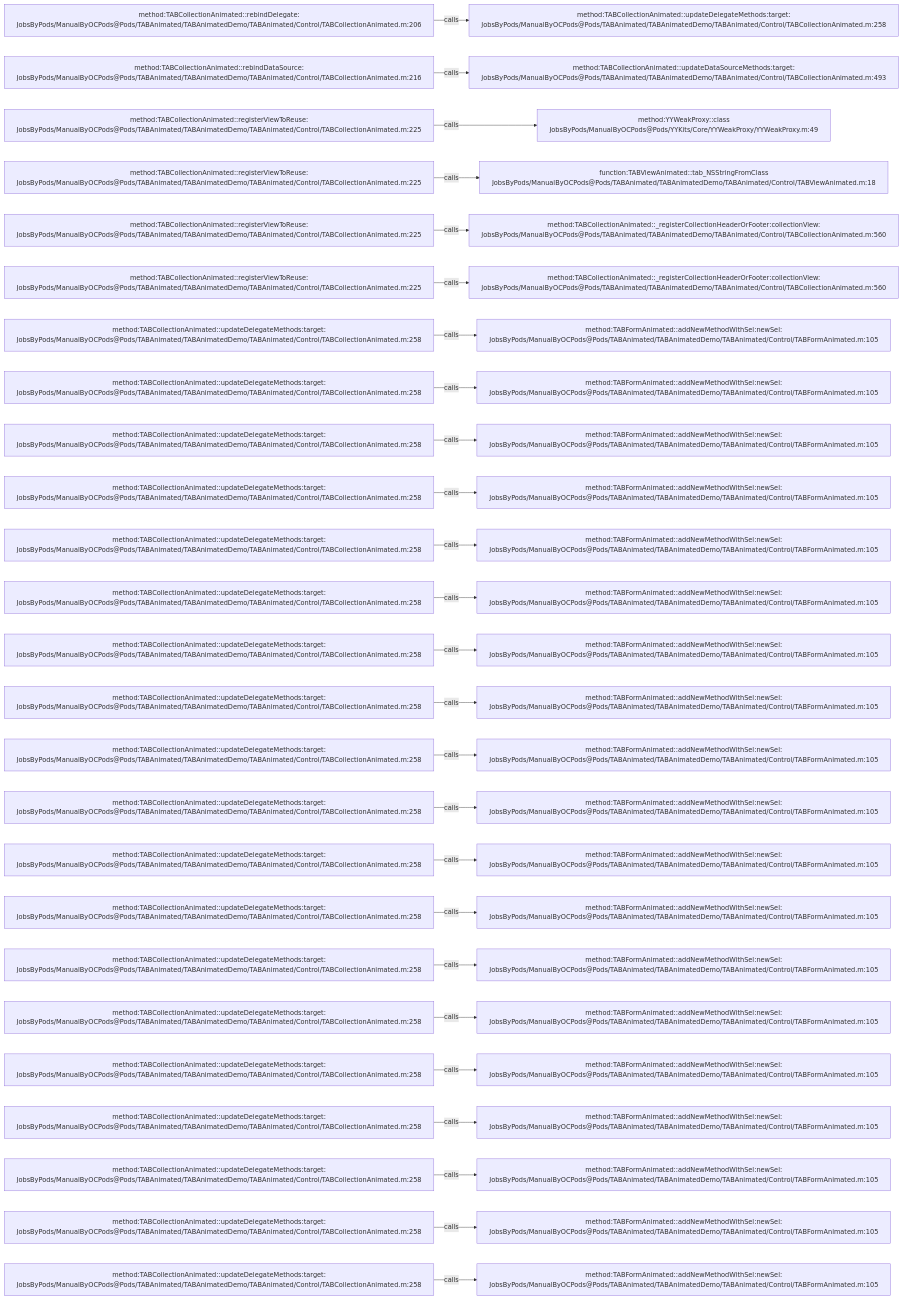
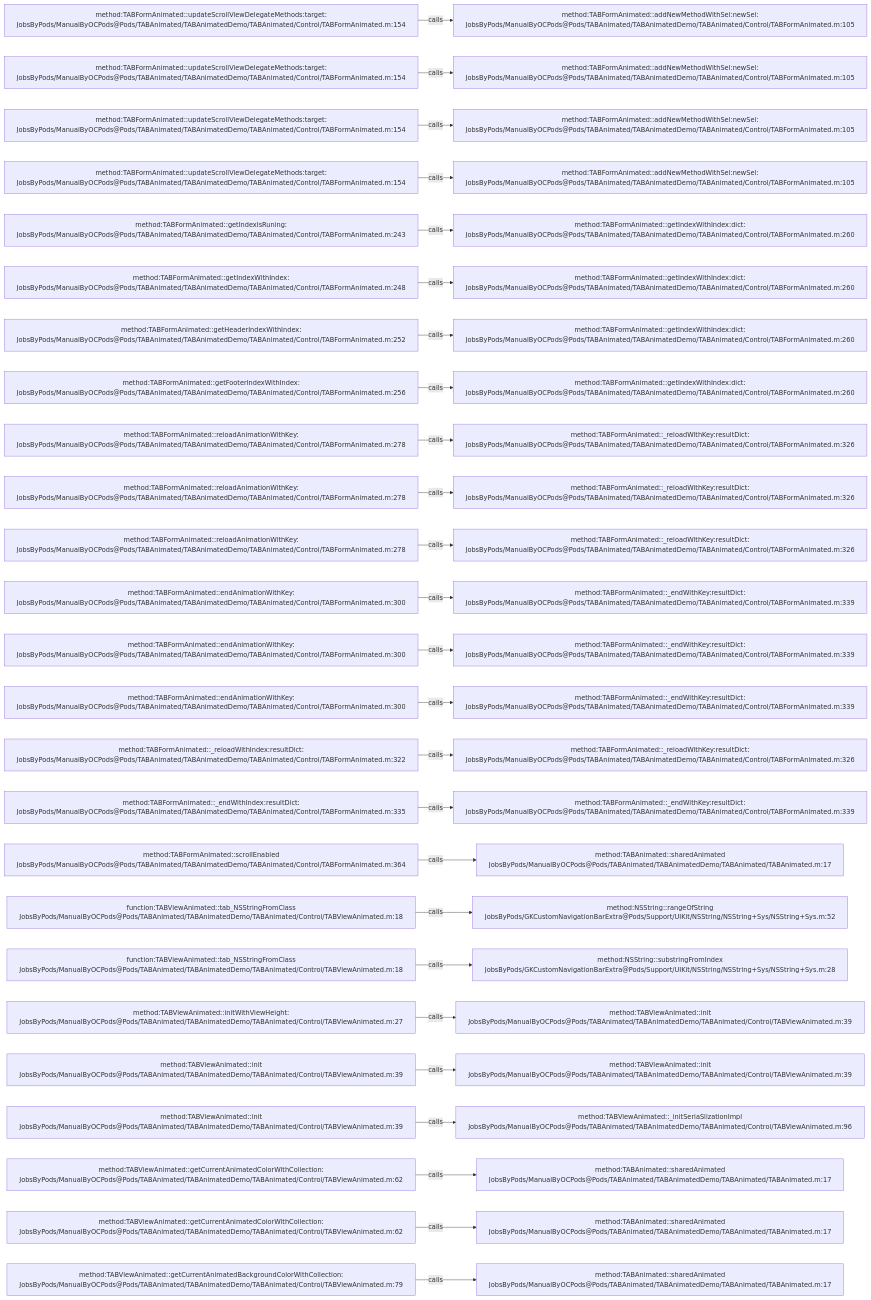
One commit to JobsKits/JobsOCBaseConfigDemo changed the diagram in .codegraph/codegraph.md/graphs/calls-023.md. Above: the diagram before and after it, drawn with Mermaid. The commit also changed 1353 other files, not shown here.

````diff
--- a/.codegraph/codegraph.md/graphs/calls-023.md
+++ b/.codegraph/codegraph.md/graphs/calls-023.md
@@ -13,78 +13,78 @@
 ```mermaid
 flowchart LR
-  S1["method:TABCollectionAnimated::rebindDelegate:<br/>JobsByPods/ManualByOCPods@Pods/TABAnimated/TABAnimatedDemo/TABAnimated/Control/TABCollectionAnimated.m:206"]
-  T1["method:TABCollectionAnimated::updateDelegateMethods:target:<br/>JobsByPods/ManualByOCPods@Pods/TABAnimated/TABAnimatedDemo/TABAnimated/Control/TABCollectionAnimated.m:258"]
+  S1["method:TABFormAnimated::updateScrollViewDelegateMethods:target:<br/>JobsByPods/ManualByOCPods@Pods/TABAnimated/TABAnimatedDemo/TABAnimated/Control/TABFormAnimated.m:154"]
+  T1["method:TABFormAnimated::addNewMethodWithSel:newSel:<br/>JobsByPods/ManualByOCPods@Pods/TABAnimated/TABAnimatedDemo/TABAnimated/Control/TABFormAnimated.m:105"]
   S1 -->|calls| T1
-  S2["method:TABCollectionAnimated::rebindDataSource:<br/>JobsByPods/ManualByOCPods@Pods/TABAnimated/TABAnimatedDemo/TABAnimated/Control/TABCollectionAnimated.m:216"]
-  T2["method:TABCollectionAnimated::updateDataSourceMethods:target:<br/>JobsByPods/ManualByOCPods@Pods/TABAnimated/TABAnimatedDemo/TABAnimated/Control/TABCollectionAnimated.m:493"]
+  S2["method:TABFormAnimated::updateScrollViewDelegateMethods:target:<br/>JobsByPods/ManualByOCPods@Pods/TABAnimated/TABAnimatedDemo/TABAnimated/Control/TABFormAnimated.m:154"]
+  T2["method:TABFormAnimated::addNewMethodWithSel:newSel:<br/>JobsByPods/ManualByOCPods@Pods/TABAnimated/TABAnimatedDemo/TABAnimated/Control/TABFormAnimated.m:105"]
   S2 -->|calls| T2
-  S3["method:TABCollectionAnimated::registerViewToReuse:<br/>JobsByPods/ManualByOCPods@Pods/TABAnimated/TABAnimatedDemo/TABAnimated/Control/TABCollectionAnimated.m:225"]
-  T3["method:YYWeakProxy::class<br/>JobsByPods/ManualByOCPods@Pods/YYKits/Core/YYWeakProxy/YYWeakProxy.m:49"]
+  S3["method:TABFormAnimated::updateScrollViewDelegateMethods:target:<br/>JobsByPods/ManualByOCPods@Pods/TABAnimated/TABAnimatedDemo/TABAnimated/Control/TABFormAnimated.m:154"]
+  T3["method:TABFormAnimated::addNewMethodWithSel:newSel:<br/>JobsByPods/ManualByOCPods@Pods/TABAnimated/TABAnimatedDemo/TABAnimated/Control/TABFormAnimated.m:105"]
   S3 -->|calls| T3
-  S4["method:TABCollectionAnimated::registerViewToReuse:<br/>JobsByPods/ManualByOCPods@Pods/TABAnimated/TABAnimatedDemo/TABAnimated/Control/TABCollectionAnimated.m:225"]
-  T4["function:TABViewAnimated::tab_NSStringFromClass<br/>JobsByPods/ManualByOCPods@Pods/TABAnimated/TABAnimatedDemo/TABAnimated/Control/TABViewAnimated.m:18"]
+  S4["method:TABFormAnimated::updateScrollViewDelegateMethods:target:<br/>JobsByPods/ManualByOCPods@Pods/TABAnimated/TABAnimatedDemo/TABAnimated/Control/TABFormAnimated.m:154"]
+  T4["method:TABFormAnimated::addNewMethodWithSel:newSel:<br/>JobsByPods/ManualByOCPods@Pods/TABAnimated/TABAnimatedDemo/TABAnimated/Control/TABFormAnimated.m:105"]
   S4 -->|calls| T4
-  S5["method:TABCollectionAnimated::registerViewToReuse:<br/>JobsByPods/ManualByOCPods@Pods/TABAnimated/TABAnimatedDemo/TABAnimated/Control/TABCollectionAnimated.m:225"]
-  T5["method:TABCollectionAnimated::_registerCollectionHeaderOrFooter:collectionView:<br/>JobsByPods/ManualByOCPods@Pods/TABAnimated/TABAnimatedDemo/TABAnimated/Control/TABCollectionAnimated.m:560"]
+  S5["method:TABFormAnimated::getIndexIsRuning:<br/>JobsByPods/ManualByOCPods@Pods/TABAnimated/TABAnimatedDemo/TABAnimated/Control/TABFormAnimated.m:243"]
+  T5["method:TABFormAnimated::getIndexWithIndex:dict:<br/>JobsByPods/ManualByOCPods@Pods/TABAnimated/TABAnimatedDemo/TABAnimated/Control/TABFormAnimated.m:260"]
   S5 -->|calls| T5
-  S6["method:TABCollectionAnimated::registerViewToReuse:<br/>JobsByPods/ManualByOCPods@Pods/TABAnimated/TABAnimatedDemo/TABAnimated/Control/TABCollectionAnimated.m:225"]
-  T6["method:TABCollectionAnimated::_registerCollectionHeaderOrFooter:collectionView:<br/>JobsByPods/ManualByOCPods@Pods/TABAnimated/TABAnimatedDemo/TABAnimated/Control/TABCollectionAnimated.m:560"]
+  S6["method:TABFormAnimated::getIndexWithIndex:<br/>JobsByPods/ManualByOCPods@Pods/TABAnimated/TABAnimatedDemo/TABAnimated/Control/TABFormAnimated.m:248"]
+  T6["method:TABFormAnimated::getIndexWithIndex:dict:<br/>JobsByPods/ManualByOCPods@Pods/TABAnimated/TABAnimatedDemo/TABAnimated/Control/TABFormAnimated.m:260"]
   S6 -->|calls| T6
-  S7["method:TABCollectionAnimated::updateDelegateMethods:target:<br/>JobsByPods/ManualByOCPods@Pods/TABAnimated/TABAnimatedDemo/TABAnimated/Control/TABCollectionAnimated.m:258"]
-  T7["method:TABFormAnimated::addNewMethodWithSel:newSel:<br/>JobsByPods/ManualByOCPods@Pods/TABAnimated/TABAnimatedDemo/TABAnimated/Control/TABFormAnimated.m:105"]
+  S7["method:TABFormAnimated::getHeaderIndexWithIndex:<br/>JobsByPods/ManualByOCPods@Pods/TABAnimated/TABAnimatedDemo/TABAnimated/Control/TABFormAnimated.m:252"]
+  T7["method:TABFormAnimated::getIndexWithIndex:dict:<br/>JobsByPods/ManualByOCPods@Pods/TABAnimated/TABAnimatedDemo/TABAnimated/Control/TABFormAnimated.m:260"]
   S7 -->|calls| T7
-  S8["method:TABCollectionAnimated::updateDelegateMethods:target:<br/>JobsByPods/ManualByOCPods@Pods/TABAnimated/TABAnimatedDemo/TABAnimated/Control/TABCollectionAnimated.m:258"]
-  T8["method:TABFormAnimated::addNewMethodWithSel:newSel:<br/>JobsByPods/ManualByOCPods@Pods/TABAnimated/TABAnimatedDemo/TABAnimated/Control/TABFormAnimated.m:105"]
+  S8["method:TABFormAnimated::getFooterIndexWithIndex:<br/>JobsByPods/ManualByOCPods@Pods/TABAnimated/TABAnimatedDemo/TABAnimated/Control/TABFormAnimated.m:256"]
+  T8["method:TABFormAnimated::getIndexWithIndex:dict:<br/>JobsByPods/ManualByOCPods@Pods/TABAnimated/TABAnimatedDemo/TABAnimated/Control/TABFormAnimated.m:260"]
   S8 -->|calls| T8
-  S9["method:TABCollectionAnimated::updateDelegateMethods:target:<br/>JobsByPods/ManualByOCPods@Pods/TABAnimated/TABAnimatedDemo/TABAnimated/Control/TABCollectionAnimated.m:258"]
-  T9["method:TABFormAnimated::addNewMethodWithSel:newSel:<br/>JobsByPods/ManualByOCPods@Pods/TABAnimated/TABAnimatedDemo/TABAnimated/Control/TABFormAnimated.m:105"]
+  S9["method:TABFormAnimated::reloadAnimationWithKey:<br/>JobsByPods/ManualByOCPods@Pods/TABAnimated/TABAnimatedDemo/TABAnimated/Control/TABFormAnimated.m:278"]
+  T9["method:TABFormAnimated::_reloadWithKey:resultDict:<br/>JobsByPods/ManualByOCPods@Pods/TABAnimated/TABAnimatedDemo/TABAnimated/Control/TABFormAnimated.m:326"]
   S9 -->|calls| T9
-  S10["method:TABCollectionAnimated::updateDelegateMethods:target:<br/>JobsByPods/ManualByOCPods@Pods/TABAnimated/TABAnimatedDemo/TABAnimated/Control/TABCollectionAnimated.m:258"]
-  T10["method:TABFormAnimated::addNewMethodWithSel:newSel:<br/>JobsByPods/ManualByOCPods@Pods/TABAnimated/TABAnimatedDemo/TABAnimated/Control/TABFormAnimated.m:105"]
+  S10["method:TABFormAnimated::reloadAnimationWithKey:<br/>JobsByPods/ManualByOCPods@Pods/TABAnimated/TABAnimatedDemo/TABAnimated/Control/TABFormAnimated.m:278"]
+  T10["method:TABFormAnimated::_reloadWithKey:resultDict:<br/>JobsByPods/ManualByOCPods@Pods/TABAnimated/TABAnimatedDemo/TABAnimated/Control/TABFormAnimated.m:326"]
   S10 -->|calls| T10
-  S11["method:TABCollectionAnimated::updateDelegateMethods:target:<br/>JobsByPods/ManualByOCPods@Pods/TABAnimated/TABAnimatedDemo/TABAnimated/Control/TABCollectionAnimated.m:258"]
-  T11["method:TABFormAnimated::addNewMethodWithSel:newSel:<br/>JobsByPods/ManualByOCPods@Pods/TABAnimated/TABAnimatedDemo/TABAnimated/Control/TABFormAnimated.m:105"]
+  S11["method:TABFormAnimated::reloadAnimationWithKey:<br/>JobsByPods/ManualByOCPods@Pods/TABAnimated/TABAnimatedDemo/TABAnimated/Control/TABFormAnimated.m:278"]
+  T11["method:TABFormAnimated::_reloadWithKey:resultDict:<br/>JobsByPods/ManualByOCPods@Pods/TABAnimated/TABAnimatedDemo/TABAnimated/Control/TABFormAnimated.m:326"]
   S11 -->|calls| T11
-  S12["method:TABCollectionAnimated::updateDelegateMethods:target:<br/>JobsByPods/ManualByOCPods@Pods/TABAnimated/TABAnimatedDemo/TABAnimated/Control/TABCollectionAnimated.m:258"]
-  T12["method:TABFormAnimated::addNewMethodWithSel:newSel:<br/>JobsByPods/ManualByOCPods@Pods/TABAnimated/TABAnimatedDemo/TABAnimated/Control/TABFormAnimated.m:105"]
+  S12["method:TABFormAnimated::endAnimationWithKey:<br/>JobsByPods/ManualByOCPods@Pods/TABAnimated/TABAnimatedDemo/TABAnimated/Control/TABFormAnimated.m:300"]
+  T12["method:TABFormAnimated::_endWithKey:resultDict:<br/>JobsByPods/ManualByOCPods@Pods/TABAnimated/TABAnimatedDemo/TABAnimated/Control/TABFormAnimated.m:339"]
   S12 -->|calls| T12
-  S13["method:TABCollectionAnimated::updateDelegateMethods:target:<br/>JobsByPods/ManualByOCPods@Pods/TABAnimated/TABAnimatedDemo/TABAnimated/Control/TABCollectionAnimated.m:258"]
-  T13["method:TABFormAnimated::addNewMethodWithSel:newSel:<br/>JobsByPods/ManualByOCPods@Pods/TABAnimated/TABAnimatedDemo/TABAnimated/Control/TABFormAnimated.m:105"]
+  S13["method:TABFormAnimated::endAnimationWithKey:<br/>JobsByPods/ManualByOCPods@Pods/TABAnimated/TABAnimatedDemo/TABAnimated/Control/TABFormAnimated.m:300"]
+  T13["method:TABFormAnimated::_endWithKey:resultDict:<br/>JobsByPods/ManualByOCPods@Pods/TABAnimated/TABAnimatedDemo/TABAnimated/Control/TABFormAnimated.m:339"]
   S13 -->|calls| T13
-  S14["method:TABCollectionAnimated::updateDelegateMethods:target:<br/>JobsByPods/ManualByOCPods@Pods/TABAnimated/TABAnimatedDemo/TABAnimated/Control/TABCollectionAnimated.m:258"]
-  T14["method:TABFormAnimated::addNewMethodWithSel:newSel:<br/>JobsByPods/ManualByOCPods@Pods/TABAnimated/TABAnimatedDemo/TABAnimated/Control/TABFormAnimated.m:105"]
+  S14["method:TABFormAnimated::endAnimationWithKey:<br/>JobsByPods/ManualByOCPods@Pods/TABAnimated/TABAnimatedDemo/TABAnimated/Control/TABFormAnimated.m:300"]
+  T14["method:TABFormAnimated::_endWithKey:resultDict:<br/>JobsByPods/ManualByOCPods@Pods/TABAnimated/TABAnimatedDemo/TABAnimated/Control/TABFormAnimated.m:339"]
   S14 -->|calls| T14
-  S15["method:TABCollectionAnimated::updateDelegateMethods:target:<br/>JobsByPods/ManualByOCPods@Pods/TABAnimated/TABAnimatedDemo/TABAnimated/Control/TABCollectionAnimated.m:258"]
-  T15["method:TABFormAnimated::addNewMethodWithSel:newSel:<br/>JobsByPods/ManualByOCPods@Pods/TABAnimated/TABAnimatedDemo/TABAnimated/Control/TABFormAnimated.m:105"]
+  S15["method:TABFormAnimated::_reloadWithIndex:resultDict:<br/>JobsByPods/ManualByOCPods@Pods/TABAnimated/TABAnimatedDemo/TABAnimated/Control/TABFormAnimated.m:322"]
+  T15["method:TABFormAnimated::_reloadWithKey:resultDict:<br/>JobsByPods/ManualByOCPods@Pods/TABAnimated/TABAnimatedDemo/TABAnimated/Control/TABFormAnimated.m:326"]
   S15 -->|calls| T15
-  S16["method:TABCollectionAnimated::updateDelegateMethods:target:<br/>JobsByPods/ManualByOCPods@Pods/TABAnimated/TABAnimatedDemo/TABAnimated/Control/TABCollectionAnimated.m:258"]
-  T16["method:TABFormAnimated::addNewMethodWithSel:newSel:<br/>JobsByPods/ManualByOCPods@Pods/TABAnimated/TABAnimatedDemo/TABAnimated/Control/TABFormAnimated.m:105"]
+  S16["method:TABFormAnimated::_endWithIndex:resultDict:<br/>JobsByPods/ManualByOCPods@Pods/TABAnimated/TABAnimatedDemo/TABAnimated/Control/TABFormAnimated.m:335"]
+  T16["method:TABFormAnimated::_endWithKey:resultDict:<br/>JobsByPods/ManualByOCPods@Pods/TABAnimated/TABAnimatedDemo/TABAnimated/Control/TABFormAnimated.m:339"]
   S16 -->|calls| T16
-  S17["method:TABCollectionAnimated::updateDelegateMethods:target:<br/>JobsByPods/ManualByOCPods@Pods/TABAnimated/TABAnimatedDemo/TABAnimated/Control/TABCollectionAnimated.m:258"]
-  T17["method:TABFormAnimated::addNewMethodWithSel:newSel:<br/>JobsByPods/ManualByOCPods@Pods/TABAnimated/TABAnimatedDemo/TABAnimated/Control/TABFormAnimated.m:105"]
+  S17["method:TABFormAnimated::scrollEnabled<br/>JobsByPods/ManualByOCPods@Pods/TABAnimated/TABAnimatedDemo/TABAnimated/Control/TABFormAnimated.m:364"]
+  T17["method:TABAnimated::sharedAnimated<br/>JobsByPods/ManualByOCPods@Pods/TABAnimated/TABAnimatedDemo/TABAnimated/TABAnimated.m:17"]
   S17 -->|calls| T17
-  S18["method:TABCollectionAnimated::updateDelegateMethods:target:<br/>JobsByPods/ManualByOCPods@Pods/TABAnimated/TABAnimatedDemo/TABAnimated/Control/TABCollectionAnimated.m:258"]
-  T18["method:TABFormAnimated::addNewMethodWithSel:newSel:<br/>JobsByPods/ManualByOCPods@Pods/TABAnimated/TABAnimatedDemo/TABAnimated/Control/TABFormAnimated.m:105"]
+  S18["function:TABViewAnimated::tab_NSStringFromClass<br/>JobsByPods/ManualByOCPods@Pods/TABAnimated/TABAnimatedDemo/TABAnimated/Control/TABViewAnimated.m:18"]
+  T18["method:NSString::rangeOfString<br/>JobsByPods/GKCustomNavigationBarExtra@Pods/Support/UIKit/NSString/NSString+Sys/NSString+Sys.m:52"]
   S18 -->|calls| T18
-  S19["method:TABCollectionAnimated::updateDelegateMethods:target:<br/>JobsByPods/ManualByOCPods@Pods/TABAnimated/TABAnimatedDemo/TABAnimated/Control/TABCollectionAnimated.m:258"]
-  T19["method:TABFormAnimated::addNewMethodWithSel:newSel:<br/>JobsByPods/ManualByOCPods@Pods/TABAnimated/TABAnimatedDemo/TABAnimated/Control/TABFormAnimated.m:105"]
+  S19["function:TABViewAnimated::tab_NSStringFromClass<br/>JobsByPods/ManualByOCPods@Pods/TABAnimated/TABAnimatedDemo/TABAnimated/Control/TABViewAnimated.m:18"]
+  T19["method:NSString::substringFromIndex<br/>JobsByPods/GKCustomNavigationBarExtra@Pods/Support/UIKit/NSString/NSString+Sys/NSString+Sys.m:28"]
   S19 -->|calls| T19
-  S20["method:TABCollectionAnimated::updateDelegateMethods:target:<br/>JobsByPods/ManualByOCPods@Pods/TABAnimated/TABAnimatedDemo/TABAnimated/Control/TABCollectionAnimated.m:258"]
-  T20["method:TABFormAnimated::addNewMethodWithSel:newSel:<br/>JobsByPods/ManualByOCPods@Pods/TABAnimated/TABAnimatedDemo/TABAnimated/Control/TABFormAnimated.m:105"]
+  S20["method:TABViewAnimated::initWithViewHeight:<br/>JobsByPods/ManualByOCPods@Pods/TABAnimated/TABAnimatedDemo/TABAnimated/Control/TABViewAnimated.m:27"]
+  T20["method:TABViewAnimated::init<br/>JobsByPods/ManualByOCPods@Pods/TABAnimated/TABAnimatedDemo/TABAnimated/Control/TABViewAnimated.m:39"]
   S20 -->|calls| T20
-  S21["method:TABCollectionAnimated::updateDelegateMethods:target:<br/>JobsByPods/ManualByOCPods@Pods/TABAnimated/TABAnimatedDemo/TABAnimated/Control/TABCollectionAnimated.m:258"]
-  T21["method:TABFormAnimated::addNewMethodWithSel:newSel:<br/>JobsByPods/ManualByOCPods@Pods/TABAnimated/TABAnimatedDemo/TABAnimated/Control/TABFormAnimated.m:105"]
+  S21["method:TABViewAnimated::init<br/>JobsByPods/ManualByOCPods@Pods/TABAnimated/TABAnimatedDemo/TABAnimated/Control/TABViewAnimated.m:39"]
+  T21["method:TABViewAnimated::init<br/>JobsByPods/ManualByOCPods@Pods/TABAnimated/TABAnimatedDemo/TABAnimated/Control/TABViewAnimated.m:39"]
   S21 -->|calls| T21
-  S22["method:TABCollectionAnimated::updateDelegateMethods:target:<br/>JobsByPods/ManualByOCPods@Pods/TABAnimated/TABAnimatedDemo/TABAnimated/Control/TABCollectionAnimated.m:258"]
-  T22["method:TABFormAnimated::addNewMethodWithSel:newSel:<br/>JobsByPods/ManualByOCPods@Pods/TABAnimated/TABAnimatedDemo/TABAnimated/Control/TABFormAnimated.m:105"]
+  S22["method:TABViewAnimated::init<br/>JobsByPods/ManualByOCPods@Pods/TABAnimated/TABAnimatedDemo/TABAnimated/Control/TABViewAnimated.m:39"]
+  T22["method:TABViewAnimated::_initSeriaSlizationImpl<br/>JobsByPods/ManualByOCPods@Pods/TABAnimated/TABAnimatedDemo/TABAnimated/Control/TABViewAnimated.m:96"]
   S22 -->|calls| T22
-  S23["method:TABCollectionAnimated::updateDelegateMethods:target:<br/>JobsByPods/ManualByOCPods@Pods/TABAnimated/TABAnimatedDemo/TABAnimated/Control/TABCollectionAnimated.m:258"]
-  T23["method:TABFormAnimated::addNewMethodWithSel:newSel:<br/>JobsByPods/ManualByOCPods@Pods/TABAnimated/TABAnimatedDemo/TABAnimated/Control/TABFormAnimated.m:105"]
+  S23["method:TABViewAnimated::getCurrentAnimatedColorWithCollection:<br/>JobsByPods/ManualByOCPods@Pods/TABAnimated/TABAnimatedDemo/TABAnimated/Control/TABViewAnimated.m:62"]
+  T23["method:TABAnimated::sharedAnimated<br/>JobsByPods/ManualByOCPods@Pods/TABAnimated/TABAnimatedDemo/TABAnimated/TABAnimated.m:17"]
   S23 -->|calls| T23
-  S24["method:TABCollectionAnimated::updateDelegateMethods:target:<br/>JobsByPods/ManualByOCPods@Pods/TABAnimated/TABAnimatedDemo/TABAnimated/Control/TABCollectionAnimated.m:258"]
-  T24["method:TABFormAnimated::addNewMethodWithSel:newSel:<br/>JobsByPods/ManualByOCPods@Pods/TABAnimated/TABAnimatedDemo/TABAnimated/Control/TABFormAnimated.m:105"]
+  S24["method:TABViewAnimated::getCurrentAnimatedColorWithCollection:<br/>JobsByPods/ManualByOCPods@Pods/TABAnimated/TABAnimatedDemo/TABAnimated/Control/TABViewAnimated.m:62"]
+  T24["method:TABAnimated::sharedAnimated<br/>JobsByPods/ManualByOCPods@Pods/TABAnimated/TABAnimatedDemo/TABAnimated/TABAnimated.m:17"]
   S24 -->|calls| T24
-  S25["method:TABCollectionAnimated::updateDelegateMethods:target:<br/>JobsByPods/ManualByOCPods@Pods/TABAnimated/TABAnimatedDemo/TABAnimated/Control/TABCollectionAnimated.m:258"]
-  T25["method:TABFormAnimated::addNewMethodWithSel:newSel:<br/>JobsByPods/ManualByOCPods@Pods/TABAnimated/TABAnimatedDemo/TABAnimated/Control/TABFormAnimated.m:105"]
+  S25["method:TABViewAnimated::getCurrentAnimatedBackgroundColorWithCollection:<br/>JobsByPods/ManualByOCPods@Pods/TABAnimated/TABAnimatedDemo/TABAnimated/Control/TABViewAnimated.m:79"]
+  T25["method:TABAnimated::sharedAnimated<br/>JobsByPods/ManualByOCPods@Pods/TABAnimated/TABAnimatedDemo/TABAnimated/TABAnimated.m:17"]
   S25 -->|calls| T25
 ```
````
